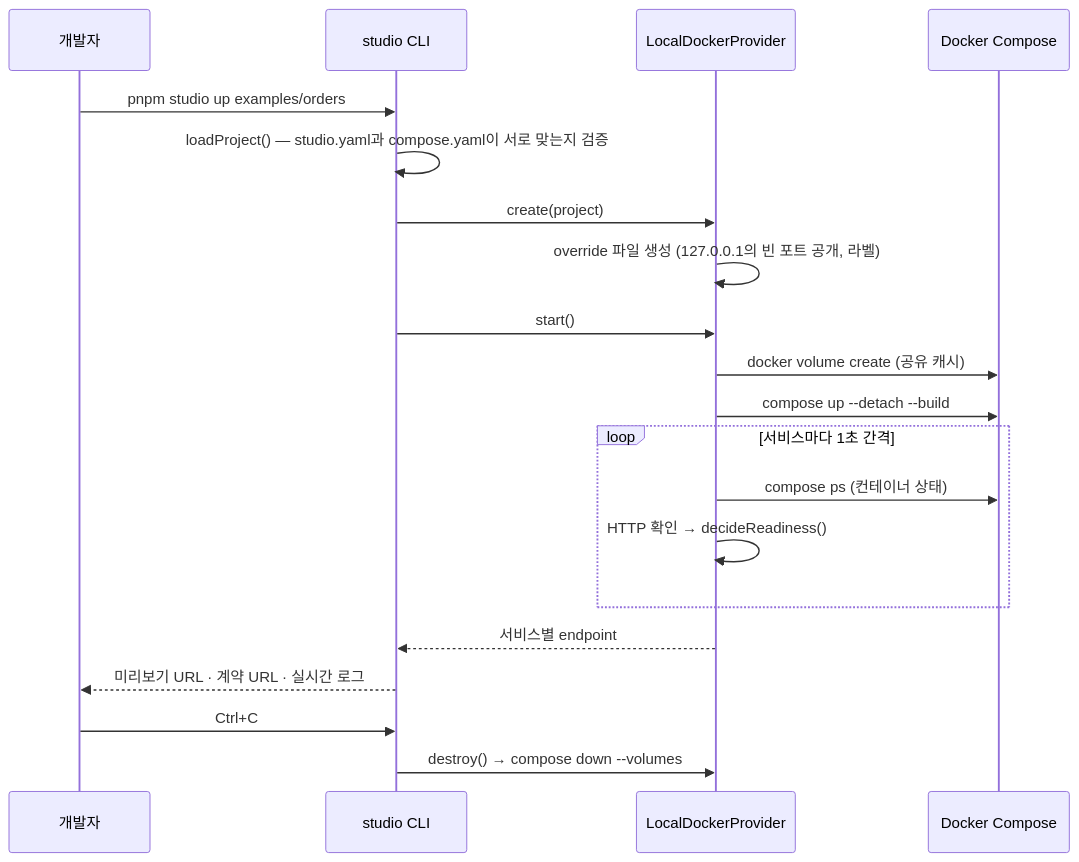
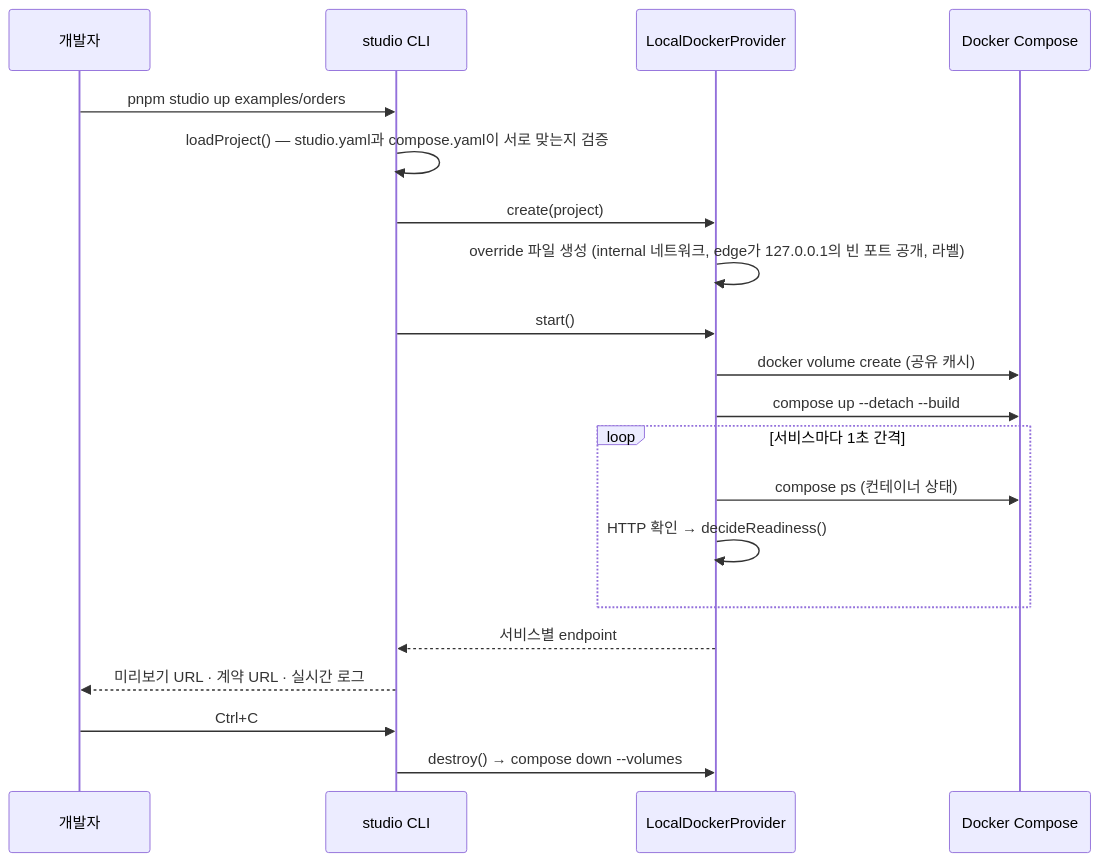
Before and after one commit to dj258255/b-studio: the second of 2 diagrams in README.md, drawn with Mermaid. The commit also changed other lines of this file and 19 other files, not shown here.

````diff
--- a/README.md
+++ b/README.md
@@ -79,23 +79,23 @@
 ```mermaid
 sequenceDiagram
   participant U as 개발자
   participant C as studio CLI
   participant P as LocalDockerProvider
   participant D as Docker Compose
 
   U->>C: pnpm studio up examples/orders
   C->>C: loadProject() — studio.yaml과 compose.yaml이 서로 맞는지 검증
   C->>P: create(project)
-  P->>P: override 파일 생성 (127.0.0.1의 빈 포트 공개, 라벨)
+  P->>P: override 파일 생성 (internal 네트워크, edge가 127.0.0.1의 빈 포트 공개, 라벨)
   C->>P: start()
   P->>D: docker volume create (공유 캐시)
   P->>D: compose up --detach --build
   loop 서비스마다 1초 간격
     P->>D: compose ps (컨테이너 상태)
     P->>P: HTTP 확인 → decideReadiness()
   end
   P-->>C: 서비스별 endpoint
   C-->>U: 미리보기 URL · 계약 URL · 실시간 로그
   U->>C: Ctrl+C
   C->>P: destroy() → compose down --volumes
 ```
````
